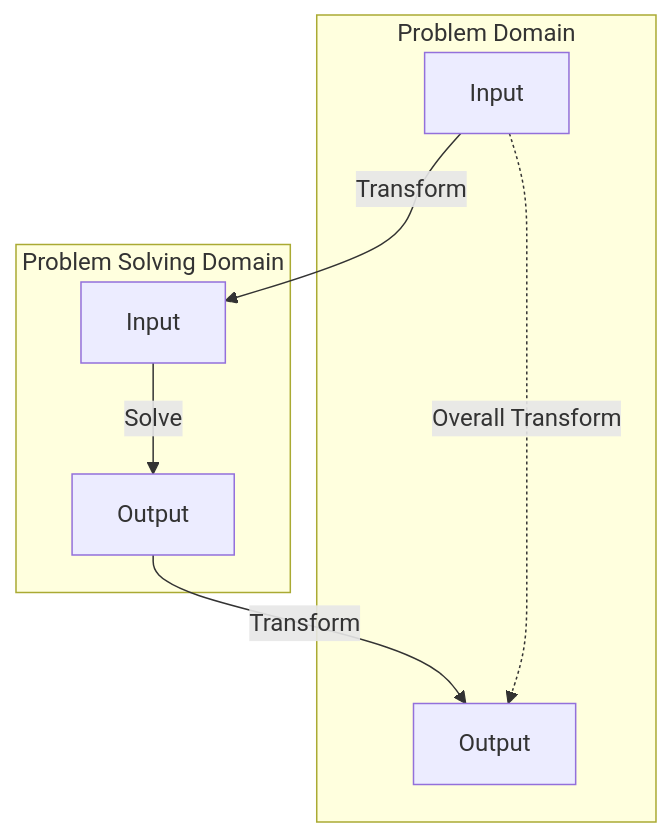
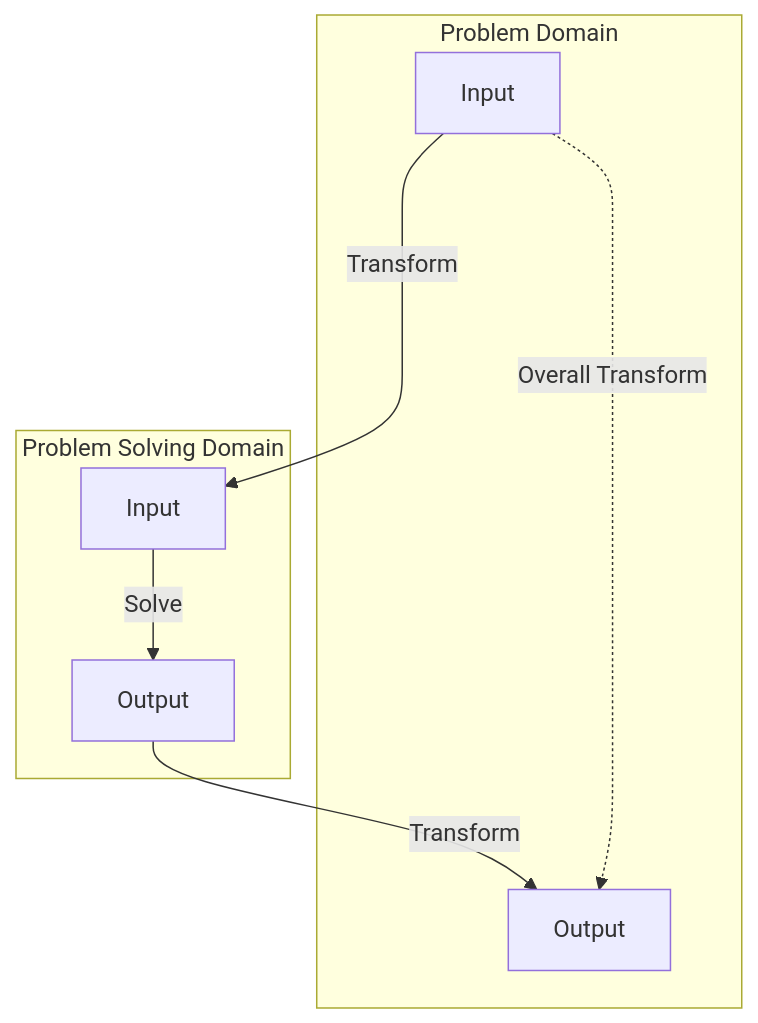
Before and after one commit to vemana/vemana.github.io: the first of 8 diagrams in _posts/2001-01-01-abiyz-intro.md, drawn with Mermaid. The commit also changed other lines of this file and 7 other files, not shown here.

````diff
--- a/_posts/2001-01-01-abiyz-intro.md
+++ b/_posts/2001-01-01-abiyz-intro.md
@@ -38,13 +38,16 @@
 ```mermaid
 flowchart TD
 
 A[Input] -- Transform --> B[Input]
 Y[Output] -- Transform --> Z[Output]
+
 subgraph psd ["Problem Solving Domain"]
 B -- Solve --> Y
 end
+
 subgraph rwd ["Problem Domain"]
 A -. Overall Transform .-> Z
 end
-psd ~~~ rwd
+
+psd ~~~~~ rwd
 ```
````
